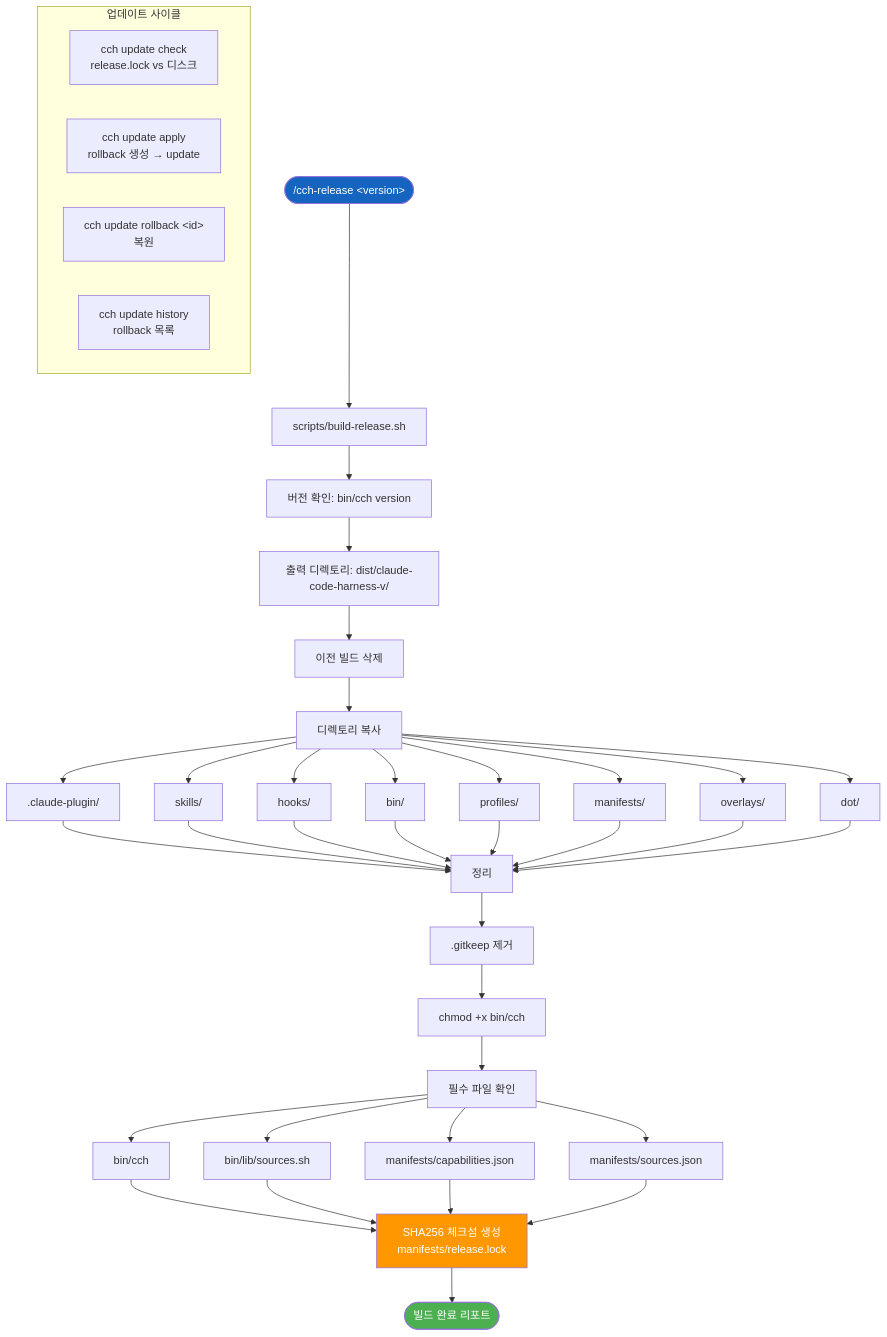
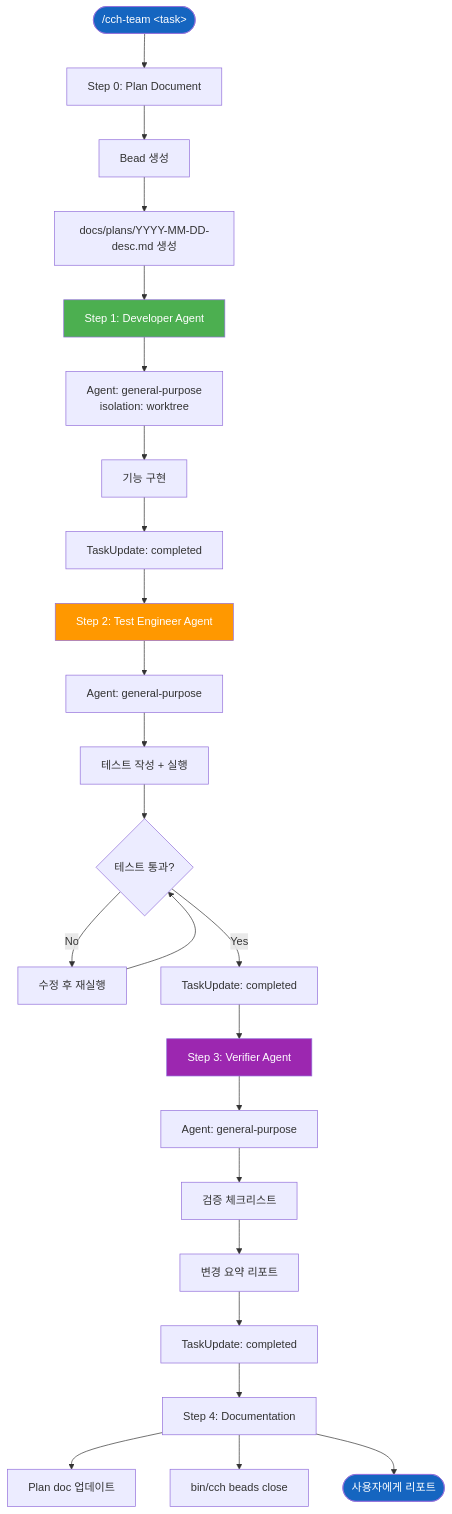
The tenth of 12 diagrams in docs/diagrams/cch-workflows.md (skdkfk8758/claude-code-harness), drawn with Mermaid before and after one commit. The commit also changed other lines of this file and 34 other files, not shown here.

````diff
--- a/docs/diagrams/cch-workflows.md
+++ b/docs/diagrams/cch-workflows.md
@@ -721,43 +430,37 @@
 ```mermaid
 flowchart TD
-    START(["/cch-release &lt;version&gt;"]) --> BUILD["scripts/build-release.sh"]
+    START(["/cch-team &lt;task&gt;"]) --> PLAN_DOC["Step 0: Plan Document"]
 
-    BUILD --> GET_VER["버전 확인: bin/cch version"]
-    GET_VER --> SET_OUT["출력 디렉토리: dist/claude-code-harness-v/"]
-    SET_OUT --> CLEAN["이전 빌드 삭제"]
+    PLAN_DOC --> GEN_ID["Bead 생성"]
+    GEN_ID --> CREATE_PLAN["docs/plans/YYYY-MM-DD-desc.md 생성"]
 
-    CLEAN --> COPY["디렉토리 복사"]
-    COPY --> C1[".claude-plugin/"]
-    COPY --> C2["skills/"]
-    COPY --> C3["hooks/"]
-    COPY --> C4["bin/"]
-    COPY --> C5["profiles/"]
-    COPY --> C6["manifests/"]
-    COPY --> C7["overlays/"]
-    COPY --> C8["dot/"]
+    CREATE_PLAN --> DEV["Step 1: Developer Agent"]
+    DEV --> DEV_AGENT["Agent: general-purpose<br/>isolation: worktree"]
+    DEV_AGENT --> DEV_IMPL["기능 구현"]
+    DEV_IMPL --> DEV_DONE["TaskUpdate: completed"]
 
-    C1 & C2 & C3 & C4 & C5 & C6 & C7 & C8 --> CLEANUP["정리"]
-    CLEANUP --> RM_GITKEEP[".gitkeep 제거"]
-    RM_GITKEEP --> CHMOD["chmod +x bin/cch"]
+    DEV_DONE --> TEST["Step 2: Test Engineer Agent"]
+    TEST --> TEST_AGENT["Agent: general-purpose"]
+    TEST_AGENT --> WRITE_TEST["테스트 작성 + 실행"]
+    WRITE_TEST --> FIX_LOOP{"테스트 통과?"}
+    FIX_LOOP -->|No| FIX["수정 후 재실행"]
+    FIX --> FIX_LOOP
+    FIX_LOOP -->|Yes| TEST_DONE["TaskUpdate: completed"]
 
-    CHMOD --> VERIFY["필수 파일 확인"]
-    VERIFY --> V1["bin/cch"]
-    VERIFY --> V2["bin/lib/sources.sh"]
-    VERIFY --> V3["manifests/capabilities.json"]
-    VERIFY --> V4["manifests/sources.json"]
+    TEST_DONE --> VERIFY["Step 3: Verifier Agent"]
+    VERIFY --> VERIFY_AGENT["Agent: general-purpose"]
+    VERIFY_AGENT --> CHECK["검증 체크리스트"]
+    CHECK --> CHANGE_SUMMARY["변경 요약 리포트"]
+    CHANGE_SUMMARY --> VERIFY_DONE["TaskUpdate: completed"]
 
-    V1 & V2 & V3 & V4 --> LOCK["SHA256 체크섬 생성<br/>manifests/release.lock"]
-
-    LOCK --> REPORT(["빌드 완료 리포트"])
-
-    subgraph UpdateCycle["업데이트 사이클"]
-        CHECK["cch update check<br/>release.lock vs 디스크"]
-        APPLY["cch update apply<br/>rollback 생성 → update"]
-        ROLLBACK["cch update rollback &lt;id&gt;<br/>복원"]
-        HISTORY["cch update history<br/>rollback 목록"]
-    end
+    VERIFY_DONE --> FINALIZE["Step 4: Documentation"]
+    FINALIZE --> UPDATE_PLAN["Plan doc 업데이트"]
+    FINALIZE --> BEAD_CLOSE["bin/cch beads close"]
+    FINALIZE --> REPORT(["사용자에게 리포트"])
 
     style START fill:#1565C0,color:white
-    style REPORT fill:#4CAF50,color:white
-    style LOCK fill:#FF9800,color:white
+    style DEV fill:#4CAF50,color:white
+    style TEST fill:#FF9800,color:white
+    style VERIFY fill:#9C27B0,color:white
+    style REPORT fill:#1565C0,color:white
 ```
````
